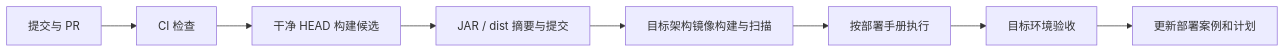
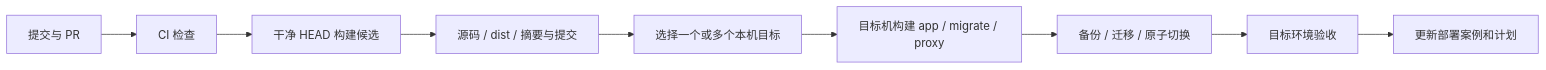
One commit to fulin-peng-ydxs/ai-my-bill changed the diagram in agent-works/personal-bill-pwa/deployment/continuous-delivery.md. Above: the diagram before and after it, drawn with Mermaid. The commit also changed other lines of this file and 10 other files, not shown here.

````diff
--- a/agent-works/personal-bill-pwa/deployment/continuous-delivery.md
+++ b/agent-works/personal-bill-pwa/deployment/continuous-delivery.md
@@ -7,10 +7,11 @@
 ```mermaid
 flowchart LR
   Commit[提交与 PR] --> CI[CI 检查]
   CI --> Candidate[干净 HEAD 构建候选]
-  Candidate --> Manifest[JAR / dist 摘要与提交]
-  Manifest --> Images[目标架构镜像构建与扫描]
-  Images --> Release[按部署手册执行]
+  Candidate --> Manifest[源码 / dist / 摘要与提交]
+  Manifest --> Target[选择一个或多个本机目标]
+  Target --> Images[目标机构建 app / migrate / proxy]
+  Images --> Release[备份 / 迁移 / 原子切换]
   Release --> Verify[目标环境验收]
   Verify --> Case[更新部署案例和计划]
 ```
````
